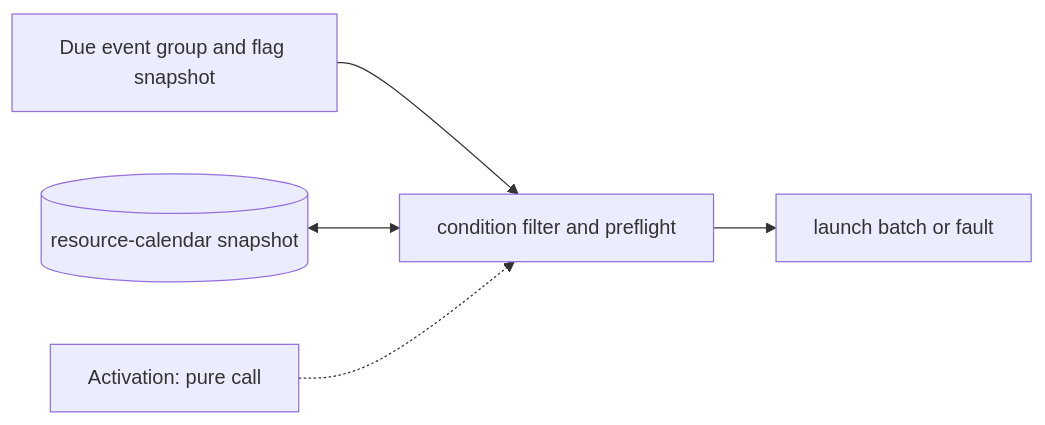
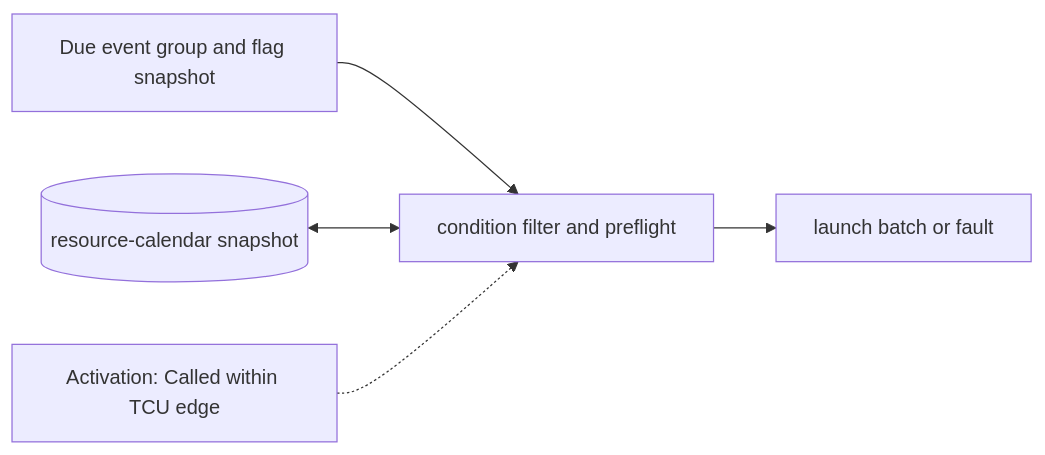
Before and after one commit to qsbit-org/qsbit-sim: the diagram in docs/modules/condition-gate-and-launch-preflight.md, drawn with Mermaid. The commit also changed other lines of this file and 24 other files, not shown here.

````diff
--- a/docs/modules/condition-gate-and-launch-preflight.md
+++ b/docs/modules/condition-gate-and-launch-preflight.md
@@ -17,7 +17,7 @@
 ```mermaid
 flowchart LR
     U["Due event group and flag snapshot"] --> P["condition filter and preflight"]
     S[("resource-calendar snapshot")] <--> P
     P --> D["launch batch or fault"]
-    K["Activation: pure call"] -.-> P
+    K["Activation: Called within TCU edge"] -.-> P
 ```
````
